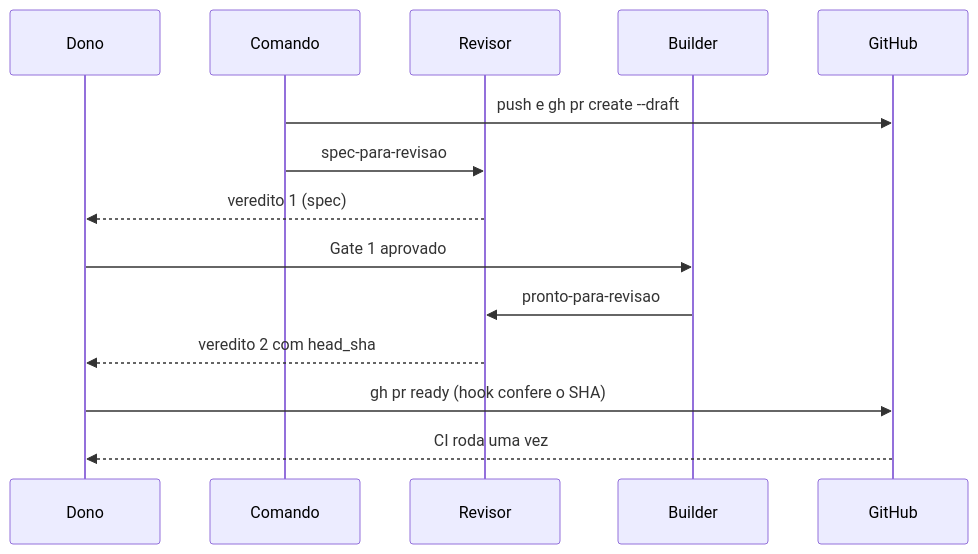
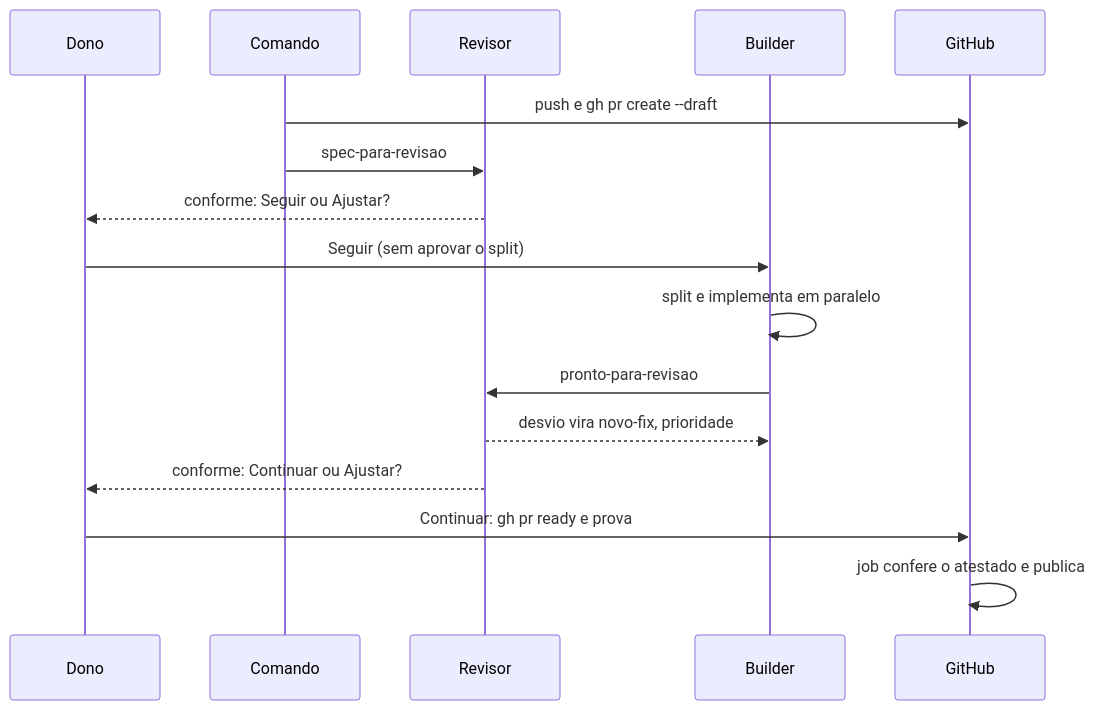
Before and after one commit to nathanramorim/forge-sdd: the third of 3 diagrams in sdd/discovery/106-pr-draft-revisao-e-ci/criteria.md, drawn with Mermaid. The commit also changed other lines of this file and 12 other files, not shown here.

First line of the commit message:
docs(106): reabre o Gate 1 com split pelo Builder, atestado, modo sem humano e validação local

````diff
--- a/sdd/discovery/106-pr-draft-revisao-e-ci/criteria.md
+++ b/sdd/discovery/106-pr-draft-revisao-e-ci/criteria.md
@@ -86,16 +97,18 @@
 ```mermaid
 sequenceDiagram
   participant D as Dono
   participant C as Comando
   participant R as Revisor
   participant B as Builder
   participant G as GitHub
   C->>G: push e gh pr create --draft
   C->>R: spec-para-revisao
-  R-->>D: veredito 1 (spec)
-  D->>B: Gate 1 aprovado
+  R-->>D: conforme: Seguir ou Ajustar?
+  D->>B: Seguir (sem aprovar o split)
+  B->>B: split e implementa em paralelo
   B->>R: pronto-para-revisao
-  R-->>D: veredito 2 com head_sha
-  D->>G: gh pr ready (hook confere o SHA)
-  G-->>D: CI roda uma vez
+  R-->>B: desvio vira novo-fix, prioridade
+  R-->>D: conforme: Continuar ou Ajustar?
+  D->>G: Continuar: gh pr ready e prova
+  G->>G: job confere o atestado e publica
 ```
````
